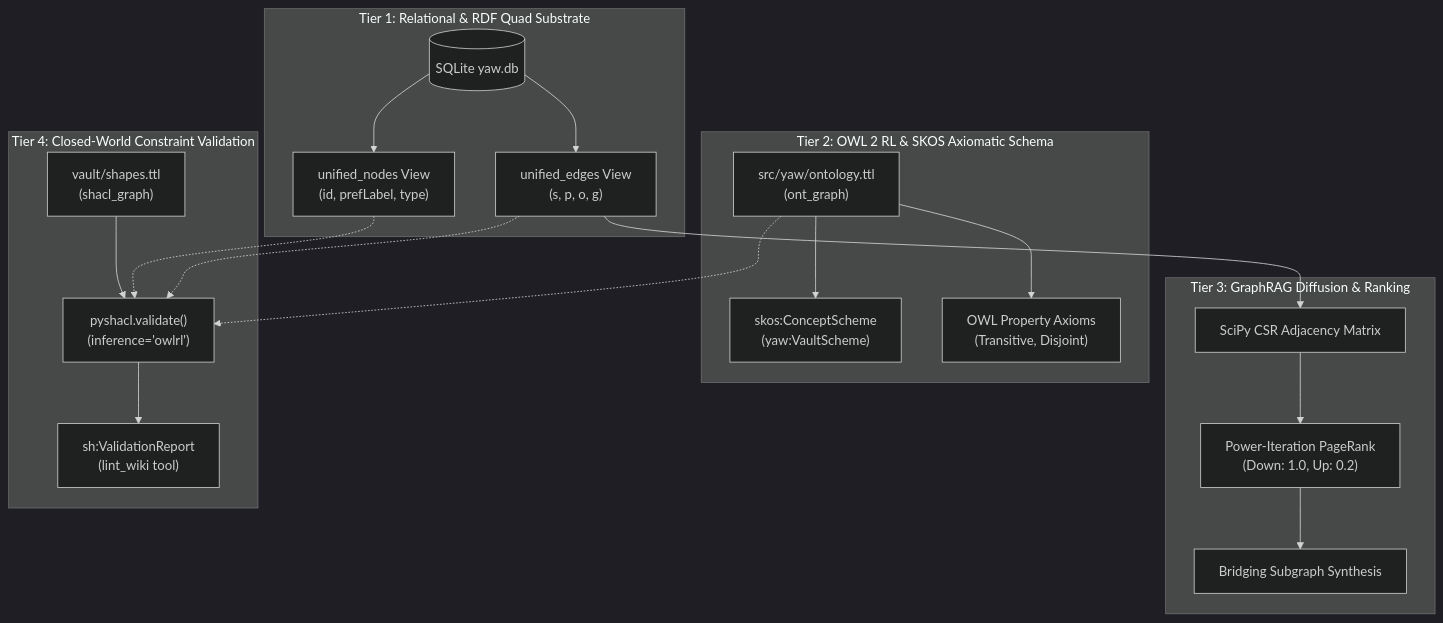
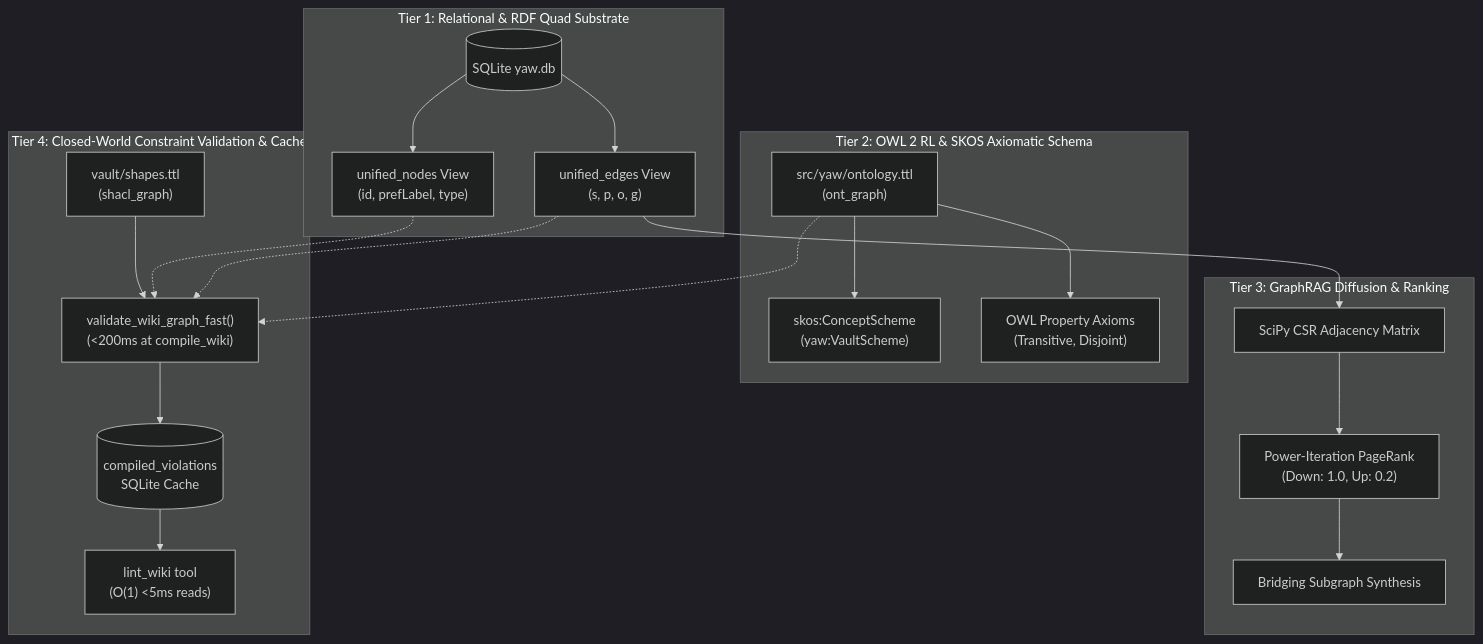
One commit to negatrait/yaw changed the first of 4 diagrams in docs/rdf-owl-shacl.md. Above: the diagram before and after it, drawn with Mermaid (dark theme). The commit also changed other lines of this file and 39 other files, not shown here.

Commit message:
feat(epic7.5): architectural convergence, spacy InMemoryLookupKB, bayesian evidence scoring, and progressive disclosure alignment

````diff
--- a/docs/rdf-owl-shacl.md
+++ b/docs/rdf-owl-shacl.md
@@ -16,34 +16,35 @@
 ```mermaid
 flowchart TD
     subgraph Storage ["Tier 1: Relational & RDF Quad Substrate"]
         DB[("SQLite yaw.db")]
         UE["unified_edges View\n(s, p, o, g)"]
         UN["unified_nodes View\n(id, prefLabel, type)"]
         DB --> UE
         DB --> UN
     end
 
     subgraph Axioms ["Tier 2: OWL 2 RL & SKOS Axiomatic Schema"]
         ONT["src/yaw/ontology.ttl\n(ont_graph)"]
         SKOS["skos:ConceptScheme\n(yaw:VaultScheme)"]
         OWL_PROP["OWL Property Axioms\n(Transitive, Disjoint)"]
         ONT --> SKOS
         ONT --> OWL_PROP
     end
 
     subgraph Retrieval ["Tier 3: GraphRAG Diffusion & Ranking"]
         CSR["SciPy CSR Adjacency Matrix"]
         PPR["Power-Iteration PageRank\n(Down: 1.0, Up: 0.2)"]
         BR["Bridging Subgraph Synthesis"]
         UE --> CSR --> PPR --> BR
     end
 
-    subgraph Validation ["Tier 4: Closed-World Constraint Validation"]
+    subgraph Validation ["Tier 4: Closed-World Constraint Validation & Cache"]
         SHACL["vault/shapes.ttl\n(shacl_graph)"]
-        PYSHACL["pyshacl.validate()\n(inference='owlrl')"]
-        REPORT["sh:ValidationReport\n(lint_wiki tool)"]
-        UE & UN -.-> PYSHACL
-        ONT -.-> PYSHACL
-        SHACL --> PYSHACL --> REPORT
+        FAST_SHACL["validate_wiki_graph_fast()\n(<200ms at compile_wiki)"]
+        CACHE[("compiled_violations\nSQLite Cache")]
+        REPORT["lint_wiki tool\n(O(1) <5ms reads)"]
+        UE & UN -.-> FAST_SHACL
+        ONT -.-> FAST_SHACL
+        SHACL --> FAST_SHACL --> CACHE --> REPORT
     end
 ```
````
